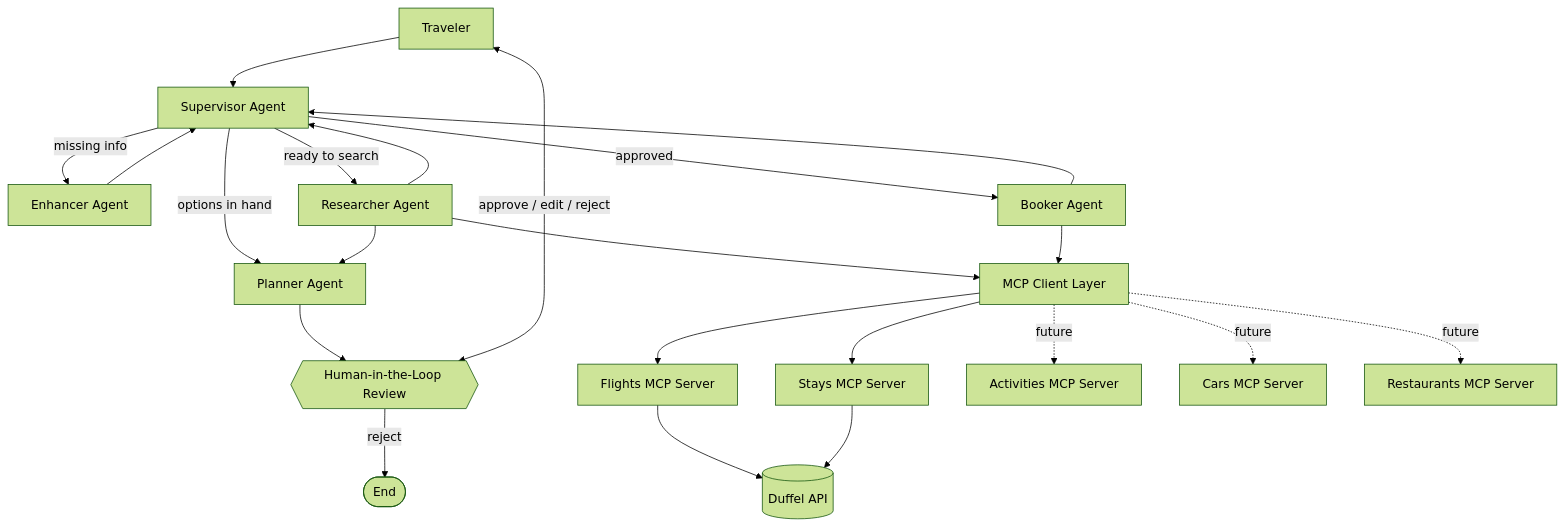
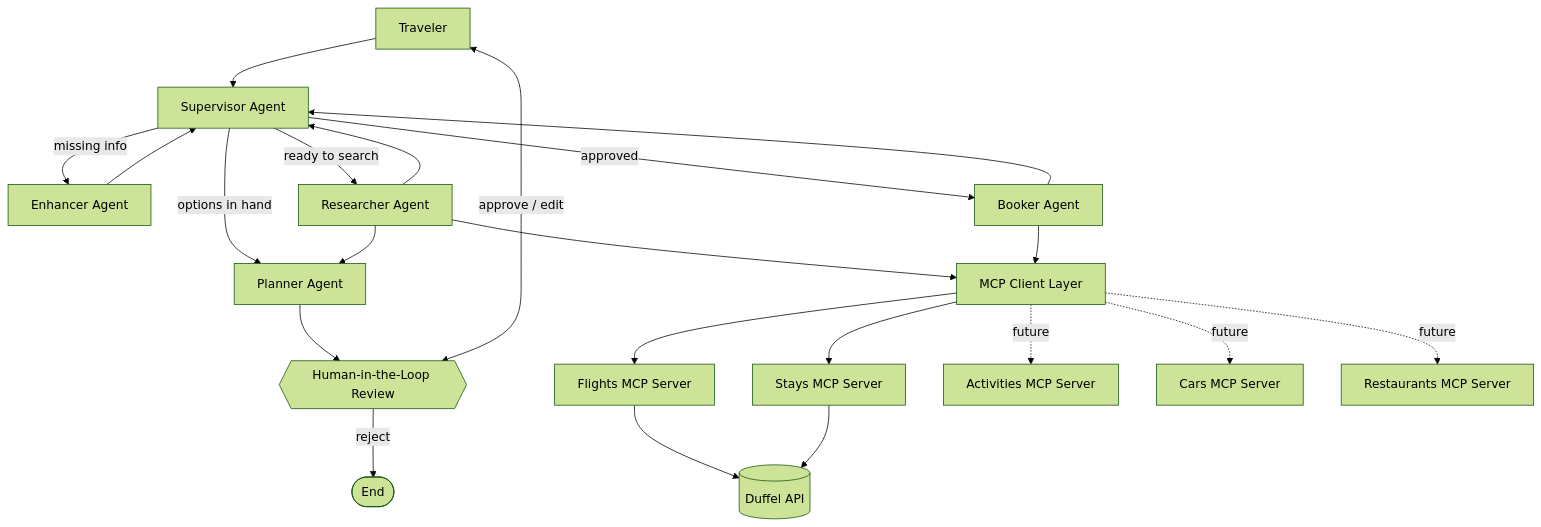
Before and after one commit to Minal18/ai-trip-planner-chatbot: the first of 9 diagrams in docs/architecture.md, drawn with Mermaid (forest theme).

Commit message:
Remove redundant 'reject' from HITL<->User edge label; reject already has its own explicit edge to End

````diff
--- a/docs/architecture.md
+++ b/docs/architecture.md
@@ -19,32 +19,32 @@
 ```mermaid
 graph TD
     User[Traveler] --> Supervisor[Supervisor Agent]
 
     Supervisor -->|missing info| Enhancer[Enhancer Agent]
     Supervisor -->|ready to search| Researcher[Researcher Agent]
     Supervisor -->|options in hand| Planner[Planner Agent]
 
     Researcher --> Planner
 
     Enhancer --> Supervisor
     Researcher --> Supervisor
 
     Planner --> HITL{{Human-in-the-Loop Review}}
-    HITL <-->|approve / edit / reject| User
+    HITL <-->|approve / edit| User
     HITL -->|reject| End([End])
 
     Supervisor -->|approved| Booker[Booker Agent]
     Booker --> Supervisor
 
     Researcher --> MCPClient[MCP Client Layer]
     Booker --> MCPClient
 
     MCPClient --> FlightsMCP[Flights MCP Server]
     MCPClient --> StaysMCP[Stays MCP Server]
     MCPClient -.future.-> ActivitiesMCP[Activities MCP Server]
     MCPClient -.future.-> CarsMCP[Cars MCP Server]
     MCPClient -.future.-> RestaurantsMCP[Restaurants MCP Server]
 
     FlightsMCP --> Duffel[(Duffel API)]
     StaysMCP --> Duffel
 ```
````
